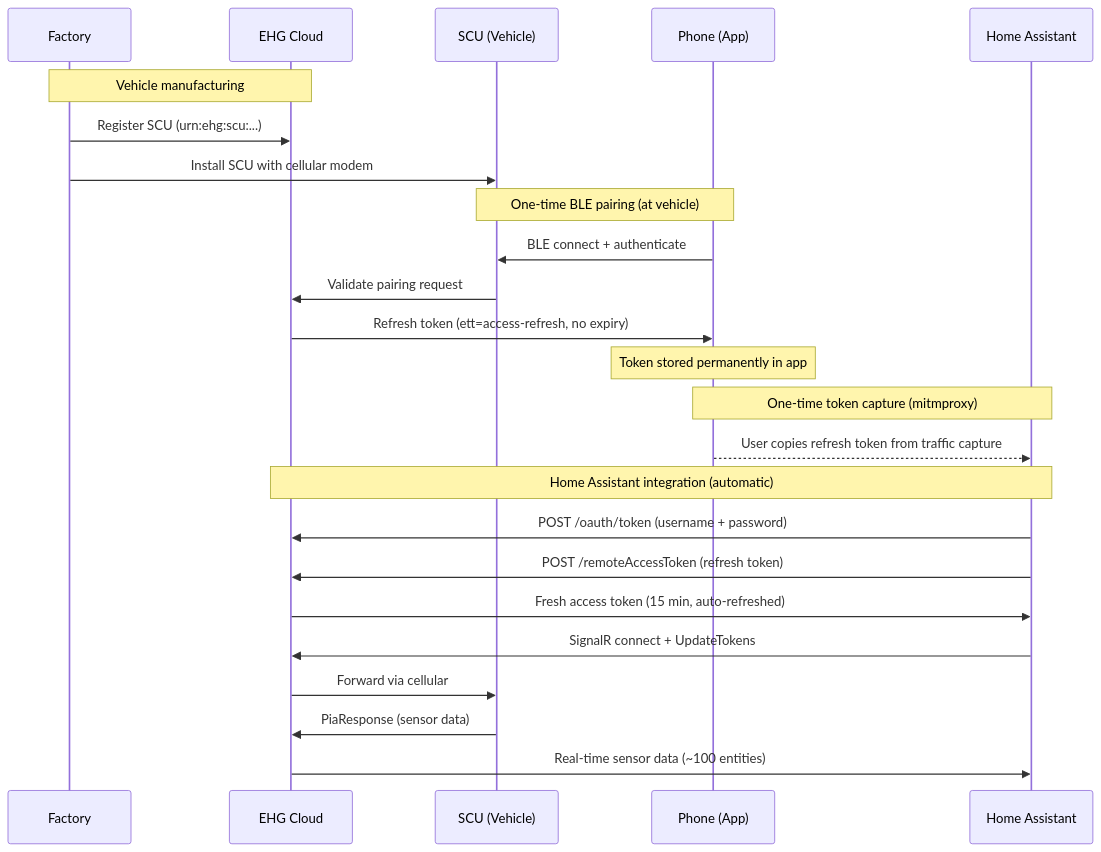
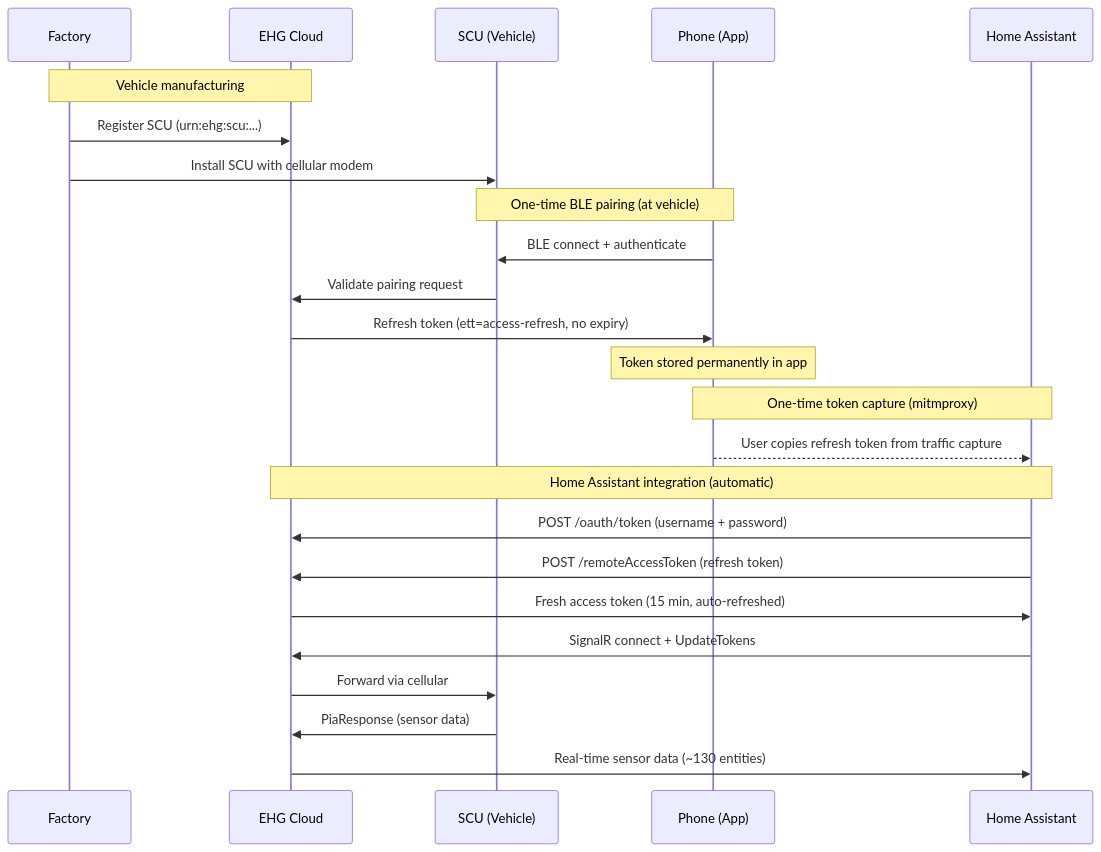
The first of 3 diagrams in README.md (BetaHydri/hymer-connect-ha), drawn with Mermaid before and after one commit. The commit also changed other lines of this file and 1 other file, not shown here.

First line of the commit message:
docs: update README for v2.33.0 — SCU restart, fridge door, ~130 entities

````diff
--- a/README.md
+++ b/README.md
@@ -340,30 +341,30 @@
 ```mermaid
 sequenceDiagram
     participant Factory as Factory
     participant Cloud as EHG Cloud
     participant SCU as SCU (Vehicle)
     participant Phone as Phone (App)
     participant HA as Home Assistant
 
     Note over Factory,Cloud: Vehicle manufacturing
     Factory->>Cloud: Register SCU (urn:ehg:scu:...)
     Factory->>SCU: Install SCU with cellular modem
 
     Note over SCU,Phone: One-time BLE pairing (at vehicle)
     Phone->>SCU: BLE connect + authenticate
     SCU->>Cloud: Validate pairing request
     Cloud->>Phone: Refresh token (ett=access-refresh, no expiry)
     Note over Phone: Token stored permanently in app
 
     Note over Phone,HA: One-time token capture (mitmproxy)
     Phone-->>HA: User copies refresh token from traffic capture
 
     Note over HA,Cloud: Home Assistant integration (automatic)
     HA->>Cloud: POST /oauth/token (username + password)
     HA->>Cloud: POST /remoteAccessToken (refresh token)
     Cloud->>HA: Fresh access token (15 min, auto-refreshed)
     HA->>Cloud: SignalR connect + UpdateTokens
     Cloud->>SCU: Forward via cellular
     SCU->>Cloud: PiaResponse (sensor data)
-    Cloud->>HA: Real-time sensor data (~100 entities)
+    Cloud->>HA: Real-time sensor data (~130 entities)
 ```
````
